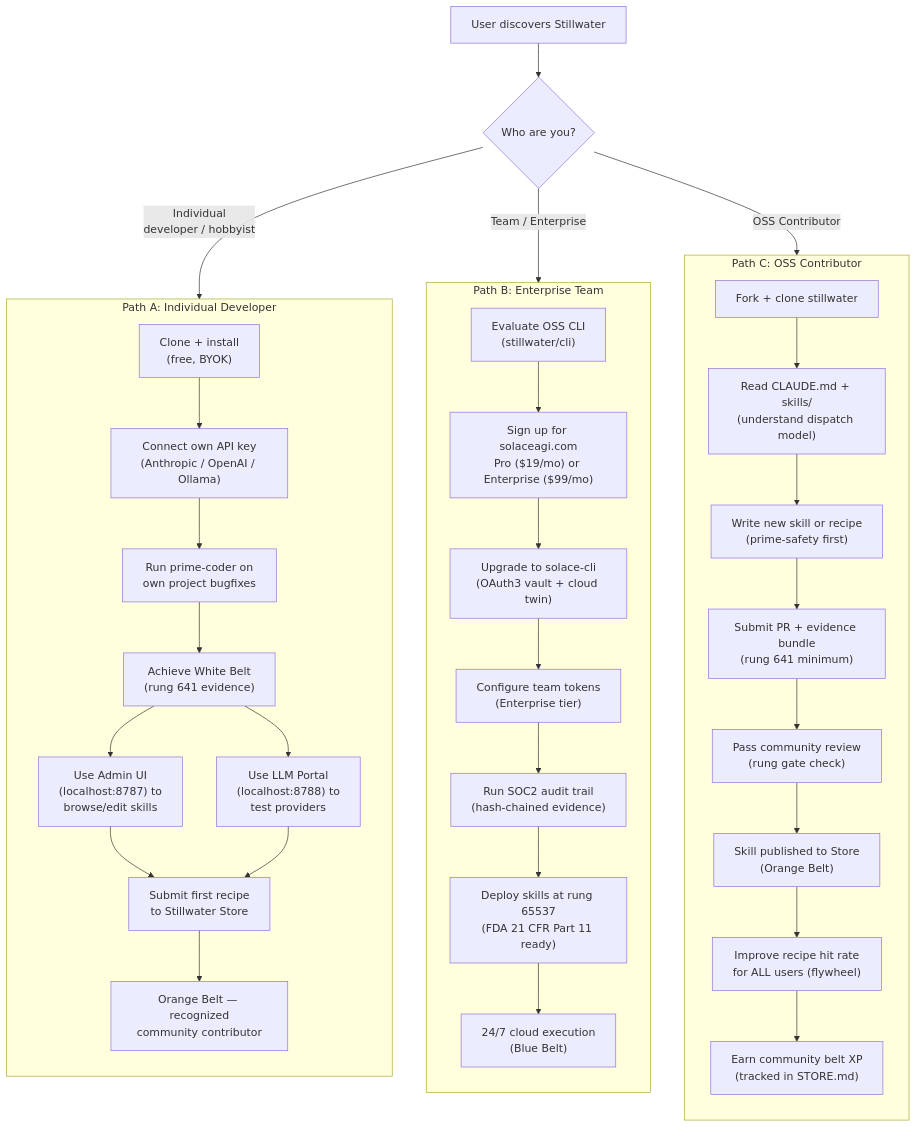
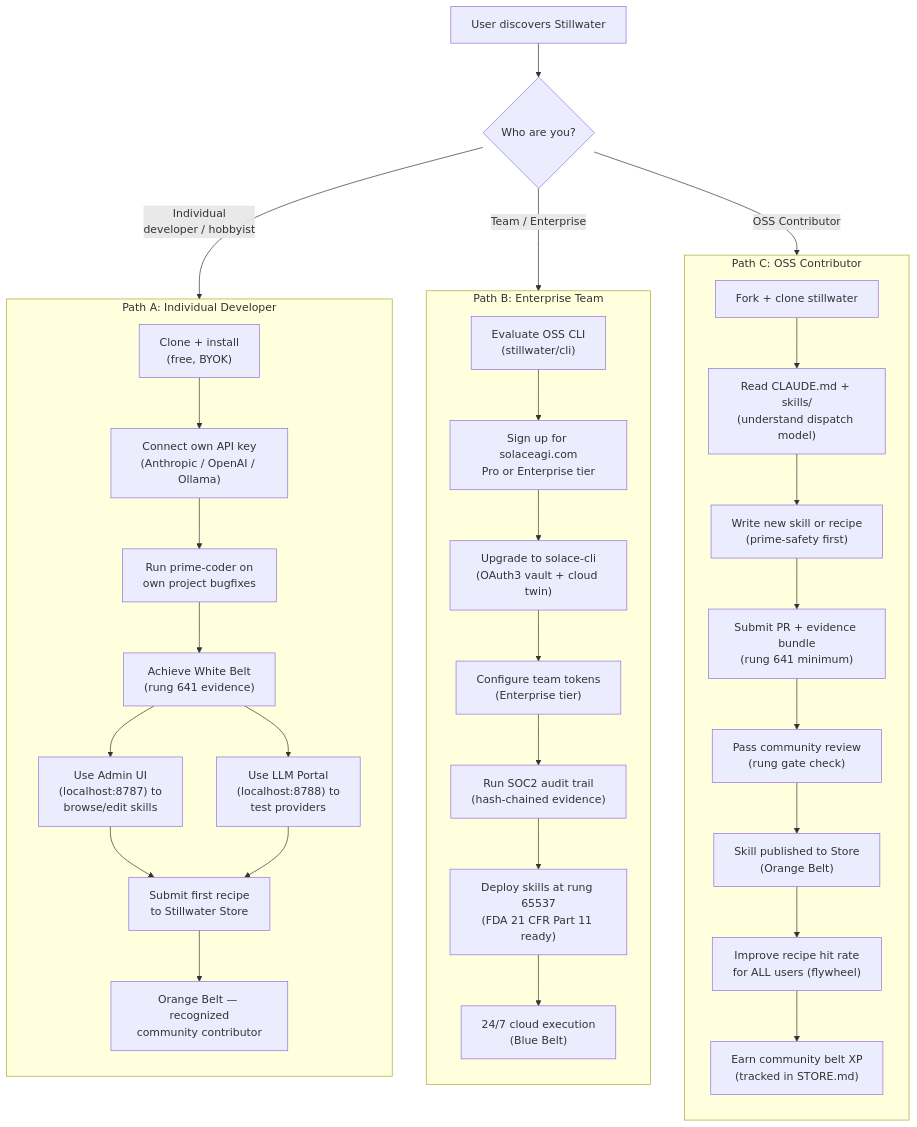
One commit to phuctruong/stillwater changed the second of 5 diagrams in diagrams/stillwater/18-user-journey.md. Above: the diagram before and after it, drawn with Mermaid. The commit also changed 88 other files, not shown here.

````diff
--- a/diagrams/stillwater/18-user-journey.md
+++ b/diagrams/stillwater/18-user-journey.md
@@ -91,50 +91,50 @@
 ```mermaid
 flowchart TD
     START["User discovers Stillwater"]
     START --> FORK{"Who are you?"}
 
     FORK -->|"Individual\ndeveloper / hobbyist"| HOBBYIST
     FORK -->|"Team / Enterprise"| ENTERPRISE
     FORK -->|"OSS Contributor"| CONTRIBUTOR
 
     subgraph HOBBYIST["Path A: Individual Developer"]
         direction TB
         H1["Clone + install\n(free, BYOK)"]
         H2["Connect own API key\n(Anthropic / OpenAI / Ollama)"]
         H3["Run prime-coder on\nown project bugfixes"]
         H4["Achieve White Belt\n(rung 641 evidence)"]
         H5["Use Admin UI\n(localhost:8787) to\nbrowse/edit skills"]
         H6["Use LLM Portal\n(localhost:8788) to\ntest providers"]
         H7["Submit first recipe\nto Stillwater Store"]
         H8["Orange Belt — recognized\ncommunity contributor"]
 
         H1 --> H2 --> H3 --> H4 --> H5 & H6 --> H7 --> H8
     end
 
     subgraph ENTERPRISE["Path B: Enterprise Team"]
         direction TB
         E1["Evaluate OSS CLI\n(stillwater/cli)"]
-        E2["Sign up for solaceagi.com\nPro ($19/mo) or Enterprise ($99/mo)"]
+        E2["Sign up for solaceagi.com\nPro or Enterprise tier"]
         E3["Upgrade to solace-cli\n(OAuth3 vault + cloud twin)"]
         E4["Configure team tokens\n(Enterprise tier)"]
         E5["Run SOC2 audit trail\n(hash-chained evidence)"]
         E6["Deploy skills at rung 65537\n(FDA 21 CFR Part 11 ready)"]
         E7["24/7 cloud execution\n(Blue Belt)"]
 
         E1 --> E2 --> E3 --> E4 --> E5 --> E6 --> E7
     end
 
     subgraph CONTRIBUTOR["Path C: OSS Contributor"]
         direction TB
         C1["Fork + clone stillwater"]
         C2["Read CLAUDE.md + skills/\n(understand dispatch model)"]
         C3["Write new skill or recipe\n(prime-safety first)"]
         C4["Submit PR + evidence bundle\n(rung 641 minimum)"]
         C5["Pass community review\n(rung gate check)"]
         C6["Skill published to Store\n(Orange Belt)"]
         C7["Improve recipe hit rate\nfor ALL users (flywheel)"]
         C8["Earn community belt XP\n(tracked in STORE.md)"]
 
         C1 --> C2 --> C3 --> C4 --> C5 --> C6 --> C7 --> C8
     end
 ```
````
